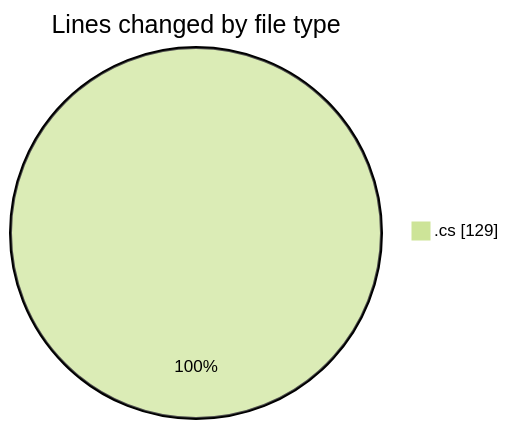
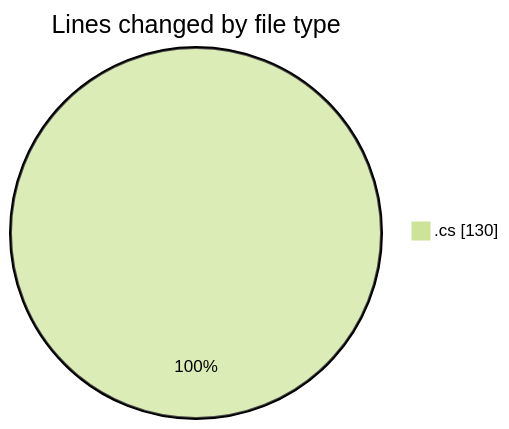
Before and after one commit to Netris89/code-tracking: the first of 2 diagrams in 2025-03-21/back-end/README.md, drawn with Mermaid (forest theme). The commit also changed other lines of this file and 1 other file, not shown here.

````diff
--- a/2025-03-21/back-end/README.md
+++ b/2025-03-21/back-end/README.md
@@ -20,5 +20,5 @@
 ```mermaid
 pie showData
 title Lines changed by file type
-".cs" : 129
+".cs" : 130
 ```
````
